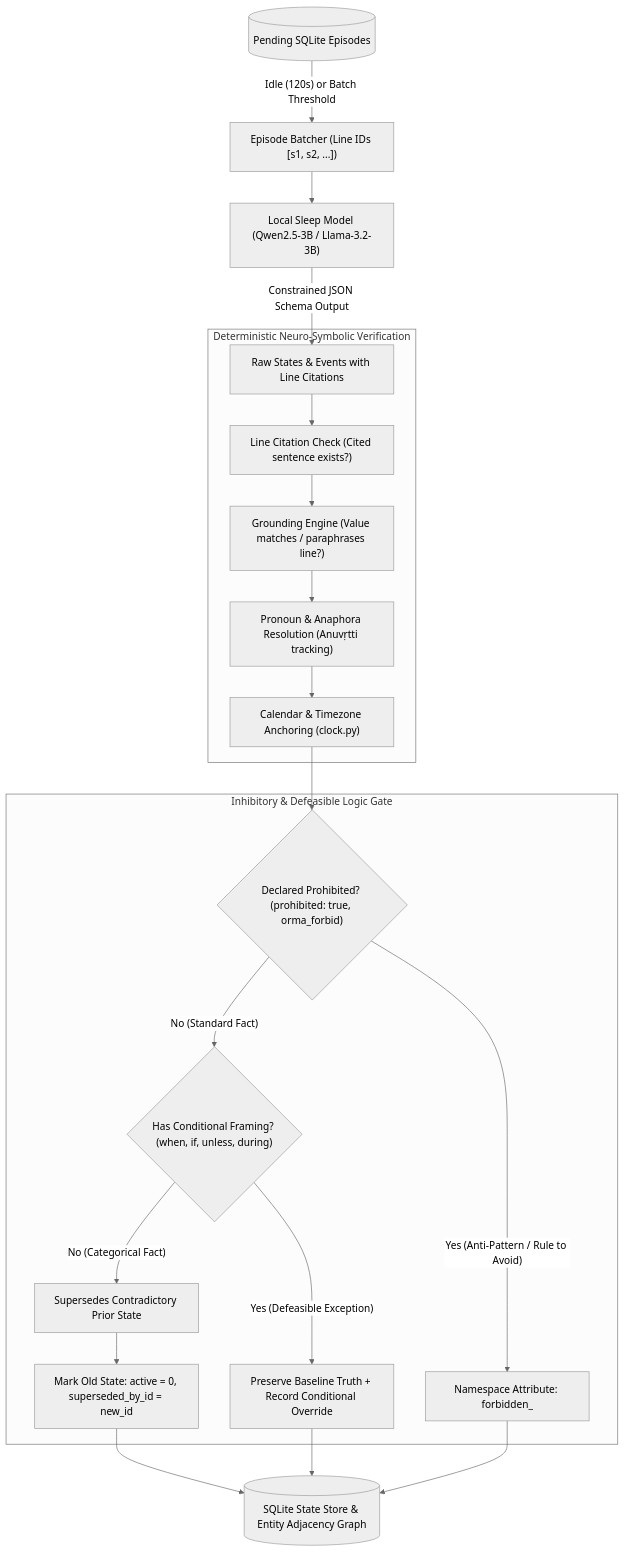
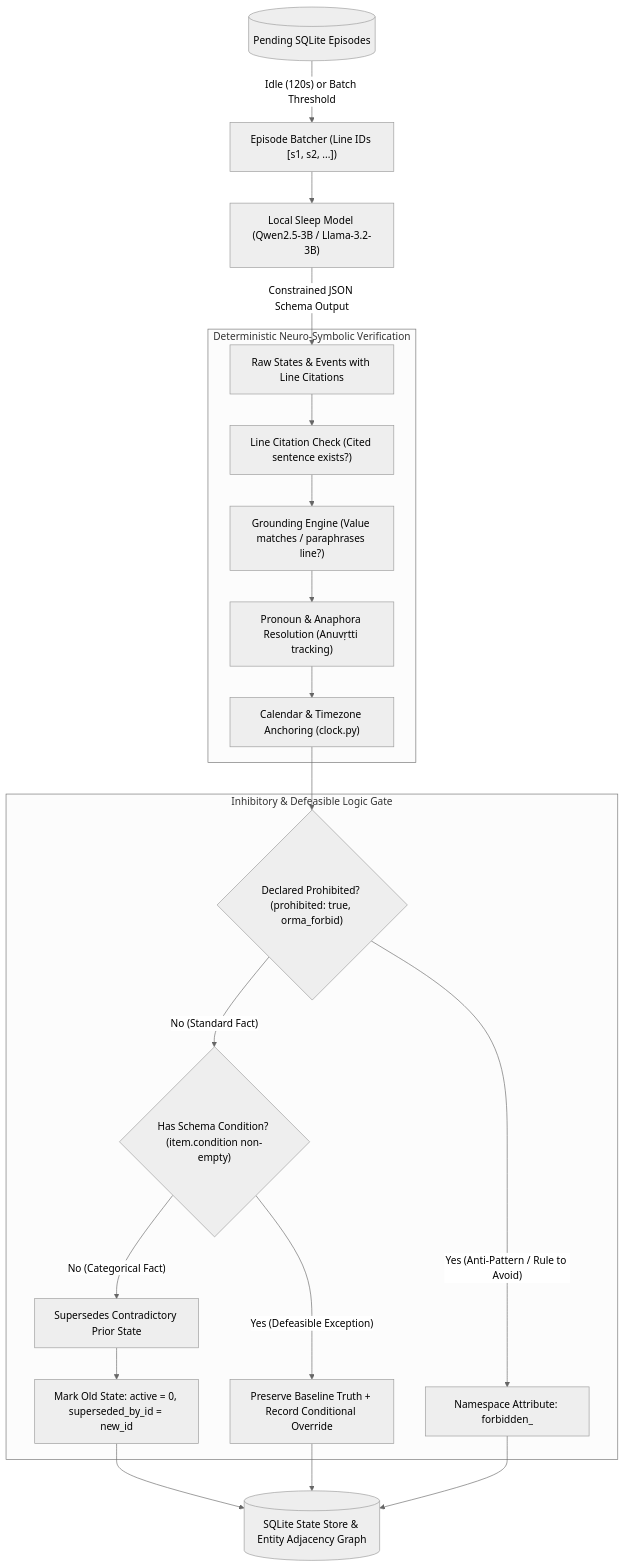
One commit to wizardwithcodehazard/orma changed the second of 4 diagrams in README.md. Above: the diagram before and after it, drawn with Mermaid (neutral theme). The commit also changed other lines of this file and 8 other files, not shown here.

Commit message:
refactor(epistemic): eliminate hardcoded conditional words in favor of pure schema condition attribution (v0.1.16)

````diff
--- a/README.md
+++ b/README.md
@@ -95,26 +95,26 @@
 ```mermaid
 flowchart TD
     EpisodicLog[("Pending SQLite Episodes")] -->|"Idle (120s) or Batch Threshold"| Batcher["Episode Batcher (Line IDs [s1, s2, ...])"]
     Batcher --> SleepLLM["Local Sleep Model (Qwen2.5-3B / Llama-3.2-3B)"]
     SleepLLM -->|"Constrained JSON Schema Output"| RawExtraction["Raw States & Events with Line Citations"]
 
     subgraph DeterministicVerification ["Deterministic Neuro-Symbolic Verification"]
         RawExtraction --> V1["Line Citation Check (Cited sentence exists?)"]
         V1 --> V2["Grounding Engine (Value matches / paraphrases line?)"]
         V2 --> V3["Pronoun & Anaphora Resolution (Anuvṛtti tracking)"]
         V3 --> V4["Calendar & Timezone Anchoring (clock.py)"]
     end
 
     subgraph InhibitoryAndDefeasibleGate ["Inhibitory & Defeasible Logic Gate"]
         V4 --> ProhibCheck{"Declared Prohibited? (prohibited: true, orma_forbid)"}
         ProhibCheck -->|"Yes (Anti-Pattern / Rule to Avoid)"| ForbiddenPrefix["Namespace Attribute: forbidden_<attr>"]
-        ProhibCheck -->|"No (Standard Fact)"| FrameCheck{"Has Conditional Framing? (when, if, unless, during)"}
+        ProhibCheck -->|"No (Standard Fact)"| FrameCheck{"Has Schema Condition? (item.condition non-empty)"}
         FrameCheck -->|"No (Categorical Fact)"| Categorical["Supersedes Contradictory Prior State"]
         Categorical --> CloseOld["Mark Old State: active = 0, superseded_by_id = new_id"]
         FrameCheck -->|"Yes (Defeasible Exception)"| Defeasible["Preserve Baseline Truth + Record Conditional Override"]
     end
 
     CloseOld --> Store[("SQLite State Store & Entity Adjacency Graph")]
     Defeasible --> Store
     ForbiddenPrefix --> Store
 ```
````
